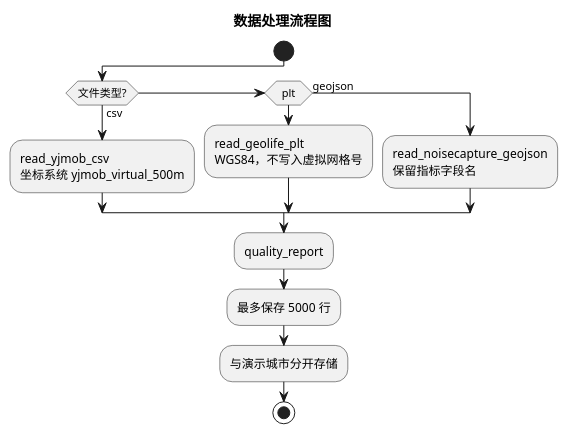
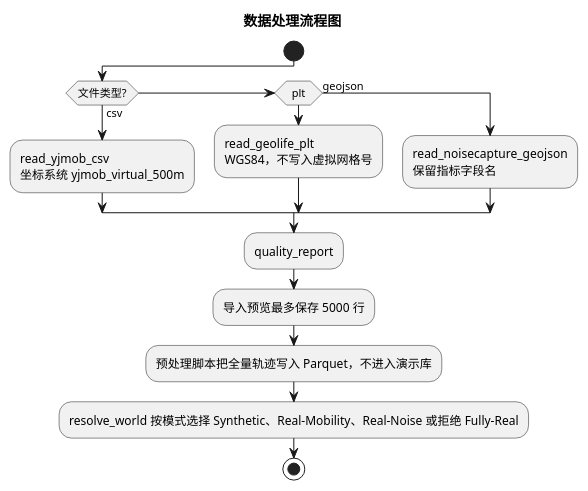
Diagram 14 of 17 in docs/uml/diagrams.puml (ChlorineHi/GraduateProject), drawn with PlantUML before and after one commit. The commit also changed other lines of this file and 47 other files, not shown here.

```diff
--- a/docs/uml/diagrams.puml
+++ b/docs/uml/diagrams.puml
@@ -377,16 +378,17 @@
 @startuml 14_数据处理流程图
 skinparam defaultFontName WenQuanYi Micro Hei
 title 数据处理流程图
 start
 if (文件类型?) then (csv)
   :read_yjmob_csv\n坐标系统 yjmob_virtual_500m;
 elseif (plt) then
   :read_geolife_plt\nWGS84，不写入虚拟网格号;
 else (geojson)
   :read_noisecapture_geojson\n保留指标字段名;
 endif
 :quality_report;
-:最多保存 5000 行;
-:与演示城市分开存储;
+:导入预览最多保存 5000 行;
+:预处理脚本把全量轨迹写入 Parquet，不进入演示库;
+:resolve_world 按模式选择 Synthetic、Real-Mobility、Real-Noise 或拒绝 Fully-Real;
 stop
 @enduml
```
